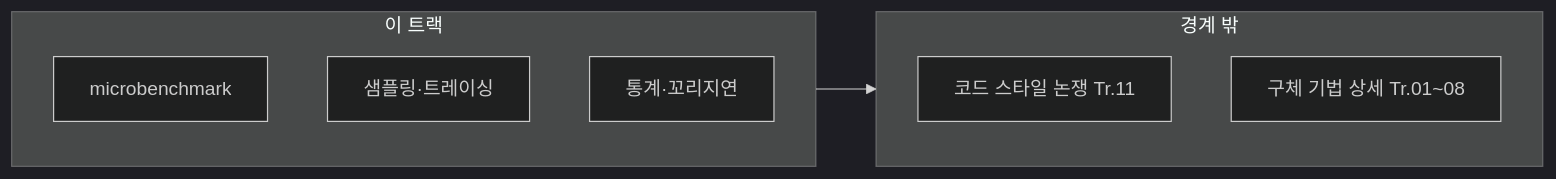
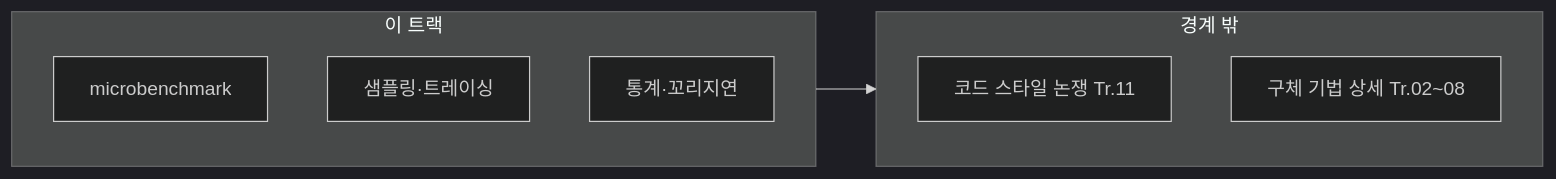
The diagram in content/collection/optimization-01-profiling/00-introduction/index.md (42jerrykim/42jerrykim.github.io), drawn with Mermaid (dark theme) before and after one commit. The commit also changed other lines of this file and 1 other file, not shown here.

Commit message:
feat: content/collection/optimization-01-profiling/00-introduction post-quality-loop 채점 완료 (93.4점, 통과)

````diff
--- a/content/collection/optimization-01-profiling/00-introduction/index.md
+++ b/content/collection/optimization-01-profiling/00-introduction/index.md
@@ -143,13 +143,13 @@
 ```mermaid
 flowchart LR
   subgraph inScope [이 트랙]
     A["microbenchmark"]
     B["샘플링·트레이싱"]
     C["통계·꼬리지연"]
   end
   subgraph outScope [경계 밖]
     D["코드 스타일 논쟁 Tr.11"]
-    E["구체 기법 상세 Tr.01~08"]
+    E["구체 기법 상세 Tr.02~08"]
   end
   inScope --> outScope
 ```
````
